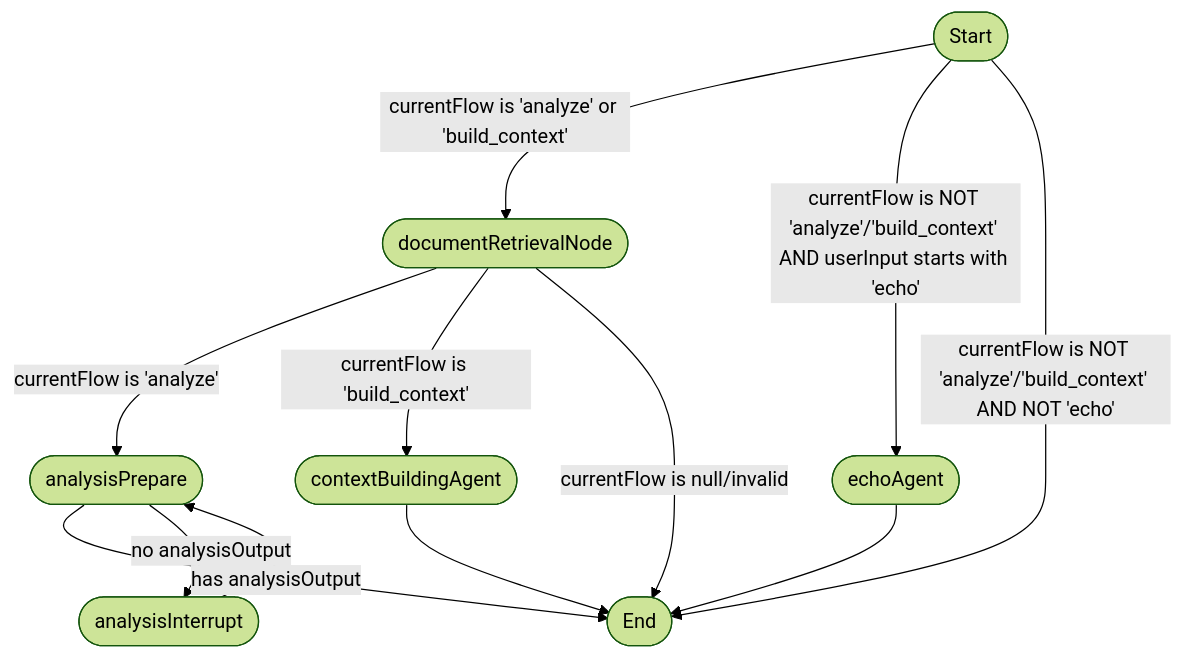
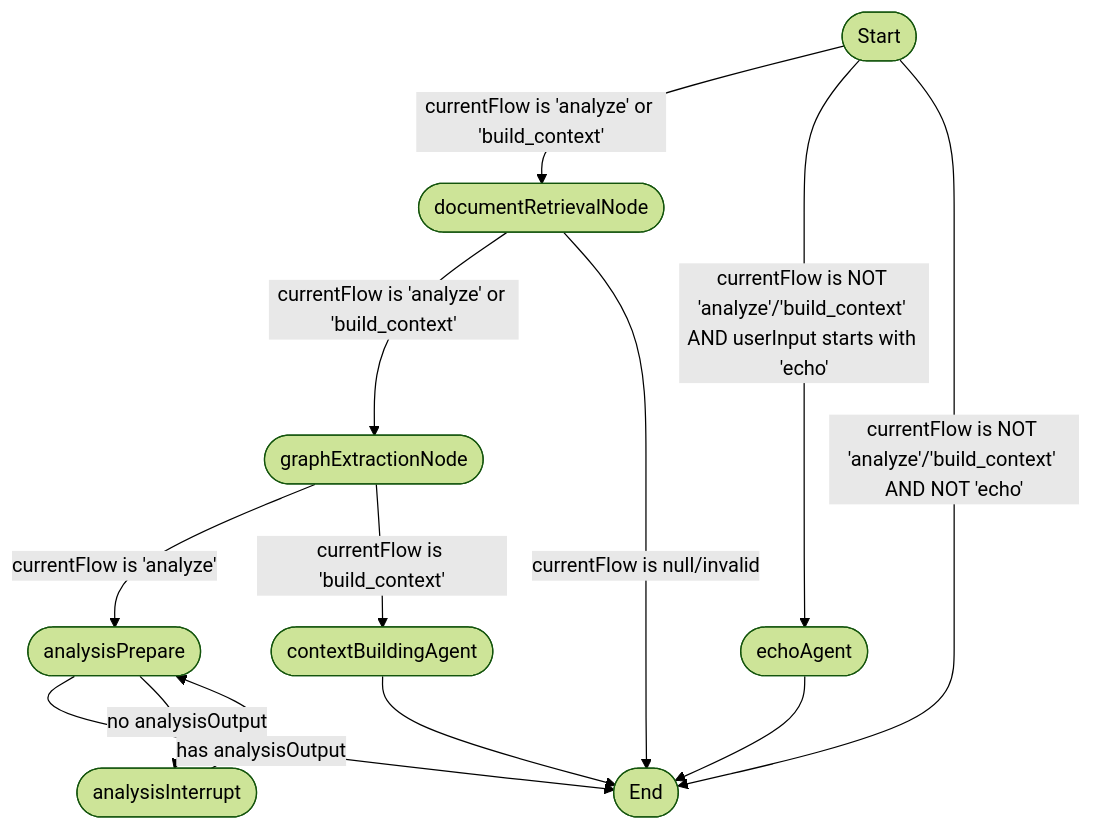
One commit to slior/archie changed the diagram in docs/agent_graph.md. Above: the diagram before and after it, drawn with Mermaid (forest theme). The commit also changed other lines of this file and 13 other files, not shown here.

Commit message:
Adding knowledge graph automatic extraction from documents

````diff
--- a/docs/agent_graph.md
+++ b/docs/agent_graph.md
@@ -10,24 +10,27 @@
 ```mermaid
 graph TD;
     START([Start]);
     documentRetrievalNode([documentRetrievalNode]);
+    graphExtractionNode([graphExtractionNode]);
     analysisPrepare([analysisPrepare]);
     analysisInterrupt([analysisInterrupt]);
     contextBuildingAgent([contextBuildingAgent]);
     echoAgent([echoAgent]);
     END([End]);
 
     START -- currentFlow is 'analyze' or 'build_context' --> documentRetrievalNode;
     START -- currentFlow is NOT 'analyze'/'build_context' AND userInput starts with 'echo' --> echoAgent;
     START -- currentFlow is NOT 'analyze'/'build_context' AND NOT 'echo' --> END;
 
-    documentRetrievalNode -- currentFlow is 'analyze' --> analysisPrepare;
-    documentRetrievalNode -- currentFlow is 'build_context' --> contextBuildingAgent;
+    documentRetrievalNode -- currentFlow is 'analyze' or 'build_context' --> graphExtractionNode;
     documentRetrievalNode -- currentFlow is null/invalid --> END; 
+
+    graphExtractionNode -- currentFlow is 'analyze' --> analysisPrepare;
+    graphExtractionNode -- currentFlow is 'build_context' --> contextBuildingAgent;
 
     analysisPrepare -- has analysisOutput --> END;
     analysisPrepare -- no analysisOutput --> analysisInterrupt;
     analysisInterrupt --> analysisPrepare;
     contextBuildingAgent --> END;
     echoAgent --> END;
 ```
````
